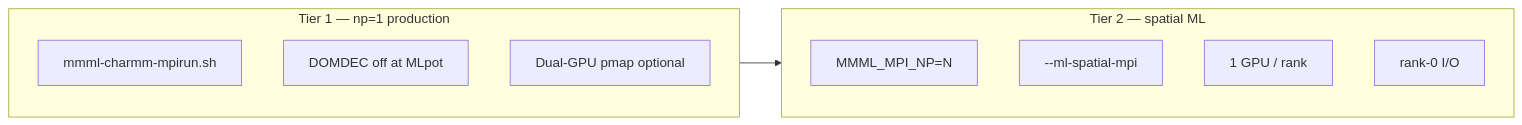
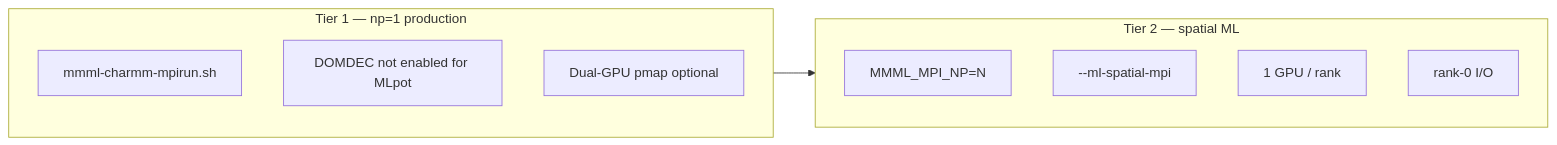
Before and after one commit to EricBoittier/mmml: the diagram in docs/pycharmm-mpi.md, drawn with Mermaid. The commit also changed other lines of this file and 5 other files, not shown here.

````diff
--- a/docs/pycharmm-mpi.md
+++ b/docs/pycharmm-mpi.md
@@ -49,17 +49,17 @@
 ```mermaid
 flowchart LR
   subgraph tier1 ["Tier 1 — np=1 production"]
     A1["mmml-charmm-mpirun.sh"]
-    A2["DOMDEC off at MLpot"]
+    A2["DOMDEC not enabled for MLpot"]
     A3["Dual-GPU pmap optional"]
   end
 
   subgraph tier2 ["Tier 2 — spatial ML"]
     B1["MMML_MPI_NP=N"]
     B2["--ml-spatial-mpi"]
     B3["1 GPU / rank"]
     B4["rank-0 I/O"]
   end
 
   tier1 --> tier2
 ```
````
